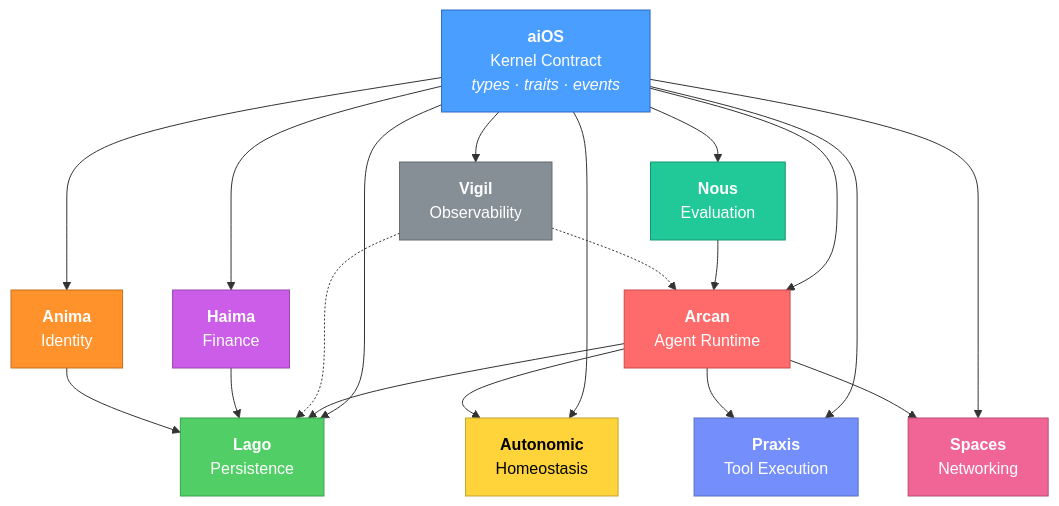
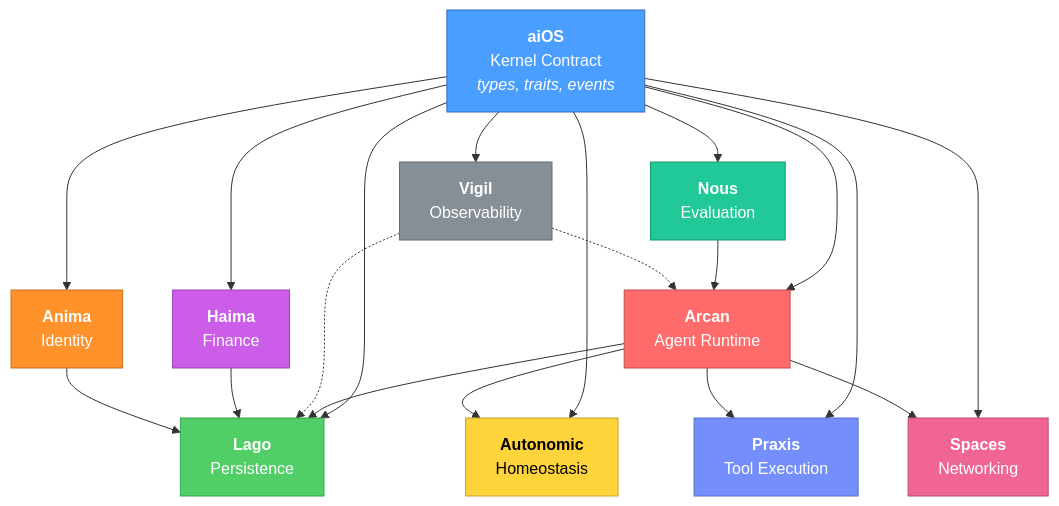
One commit to broomva/life changed the diagram in README.md. Above: the diagram before and after it, drawn with Mermaid. The commit also changed other lines of this file and 21 other files, not shown here.

````diff
--- a/README.md
+++ b/README.md
@@ -59,45 +110,45 @@
 ```mermaid
 graph TD
-    aiOS["<b>aiOS</b><br/>Kernel Contract<br/><i>types · traits · events</i>"]
+    aiOS["<b>aiOS</b><br/>Kernel Contract<br/><i>types, traits, events</i>"]
 
     Arcan["<b>Arcan</b><br/>Agent Runtime"]
     Lago["<b>Lago</b><br/>Persistence"]
     Autonomic["<b>Autonomic</b><br/>Homeostasis"]
     Haima["<b>Haima</b><br/>Finance"]
     Anima["<b>Anima</b><br/>Identity"]
     Nous["<b>Nous</b><br/>Evaluation"]
     Praxis["<b>Praxis</b><br/>Tool Execution"]
     Spaces["<b>Spaces</b><br/>Networking"]
     Vigil["<b>Vigil</b><br/>Observability"]
 
     aiOS --> Arcan
     aiOS --> Lago
     aiOS --> Autonomic
     aiOS --> Haima
     aiOS --> Anima
     aiOS --> Nous
     aiOS --> Praxis
     aiOS --> Spaces
     aiOS --> Vigil
 
     Arcan --> Praxis
     Arcan --> Lago
     Arcan --> Spaces
     Arcan --> Autonomic
     Nous --> Arcan
     Vigil -.-> Arcan
     Vigil -.-> Lago
     Haima --> Lago
     Anima --> Lago
 
     style aiOS fill:#4a9eff,stroke:#2d6bc4,color:#fff
     style Arcan fill:#ff6b6b,stroke:#c44d4d,color:#fff
     style Lago fill:#51cf66,stroke:#37a34d,color:#fff
     style Autonomic fill:#ffd43b,stroke:#c4a230,color:#000
     style Haima fill:#cc5de8,stroke:#9b45b3,color:#fff
     style Anima fill:#ff922b,stroke:#c47020,color:#fff
     style Nous fill:#20c997,stroke:#17976e,color:#fff
     style Praxis fill:#748ffc,stroke:#5770c4,color:#fff
     style Spaces fill:#f06595,stroke:#b84d72,color:#fff
     style Vigil fill:#868e96,stroke:#656b71,color:#fff
 ```
````
